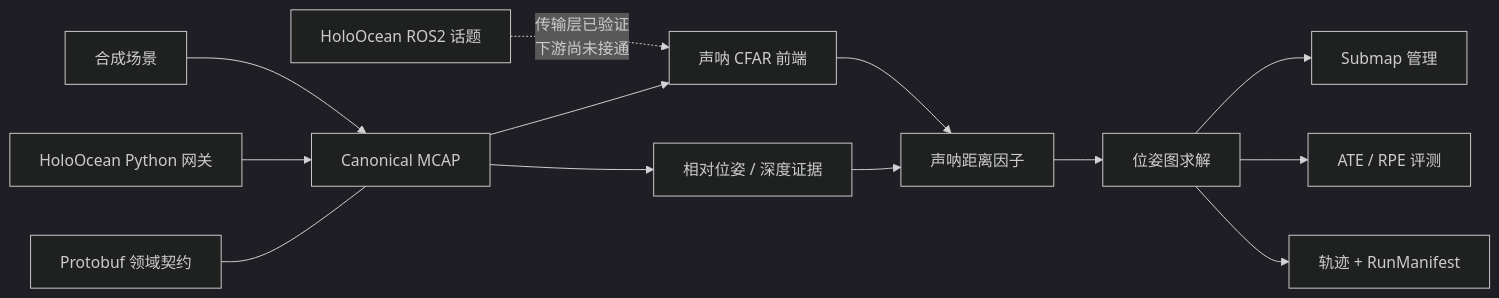
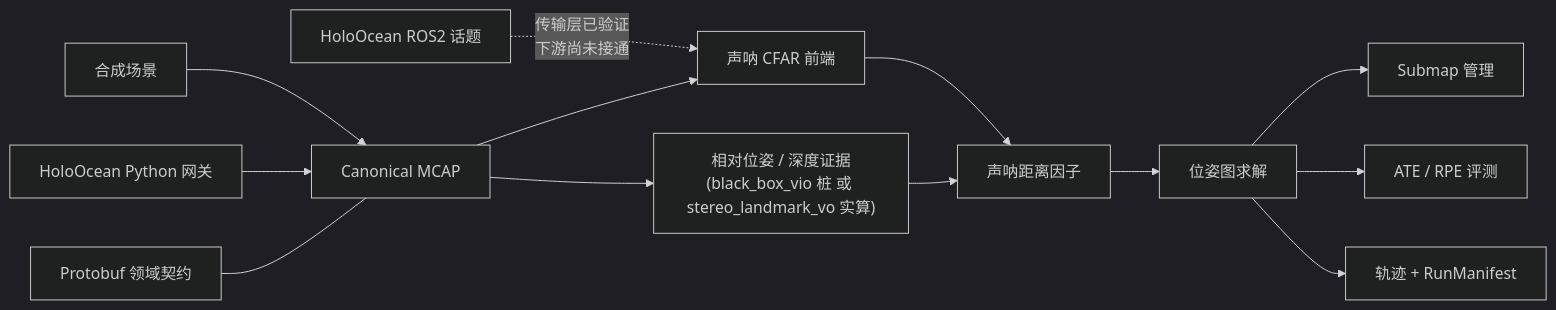
Before and after one commit to PengBY91/uw_slam: the first of 2 diagrams in README.md, drawn with Mermaid (dark theme). The commit also changed other lines of this file and 7 other files, not shown here.

````diff
--- a/README.md
+++ b/README.md
@@ -146,16 +153,16 @@
 ```mermaid
 flowchart LR
     SYN[合成场景] --> MCAP[Canonical MCAP]
     HOP[HoloOcean Python 网关] --> MCAP
     HOR[HoloOcean ROS2 话题] -. 传输层已验证<br/>下游尚未接通 .-> FE
 
     PB[Protobuf 领域契约] --- MCAP
     MCAP --> FE[声呐 CFAR 前端]
-    MCAP --> ODO[相对位姿 / 深度证据]
+    MCAP --> ODO["相对位姿 / 深度证据<br/>(black_box_vio 桩 或 stereo_landmark_vo 实算)"]
     FE --> FACTOR[声呐距离因子]
     ODO --> FACTOR
     FACTOR --> EST[位姿图求解]
     EST --> MAP[Submap 管理]
     EST --> EVAL[ATE / RPE 评测]
     EST --> OUT[轨迹 + RunManifest]
 ```
````
